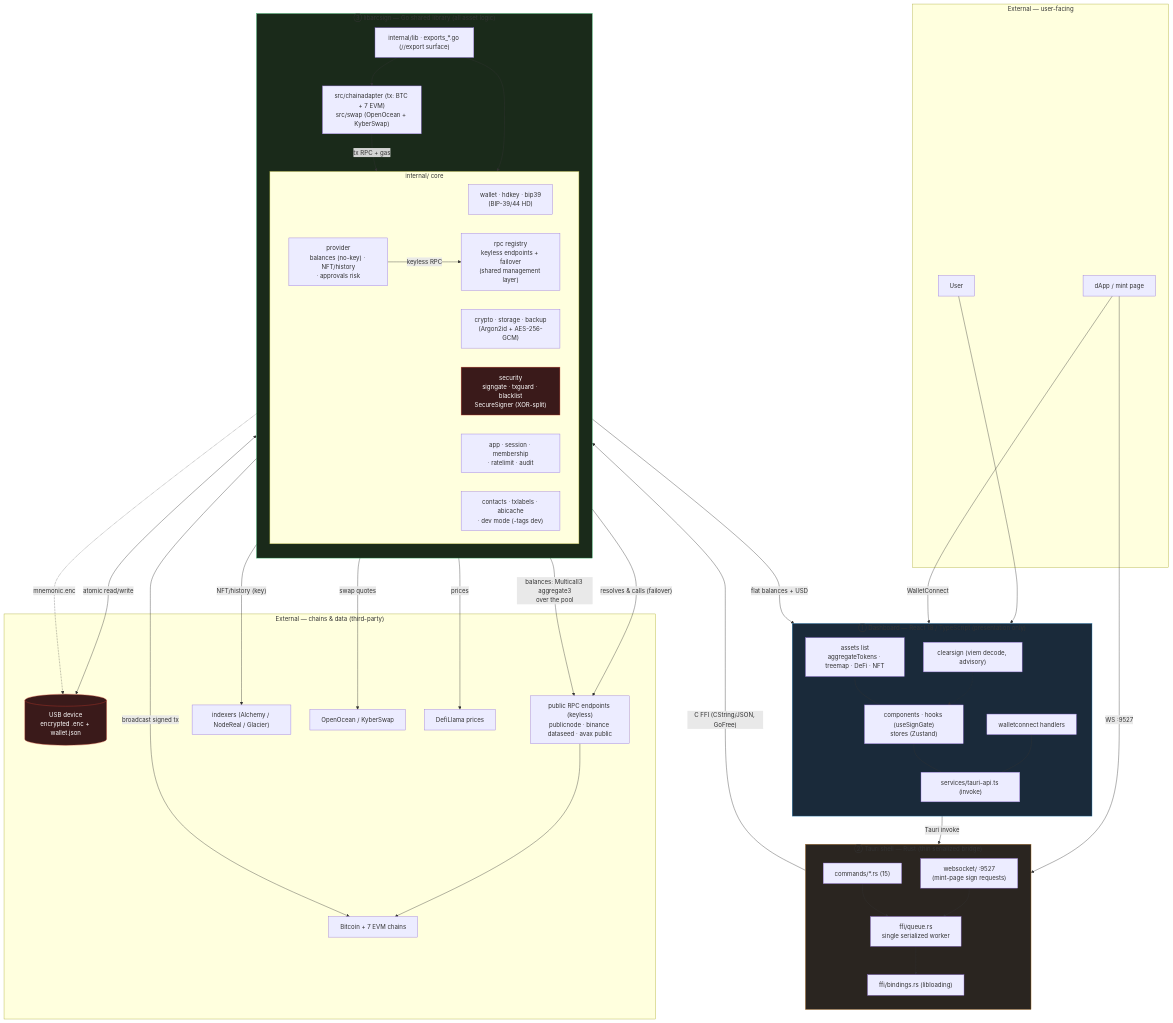
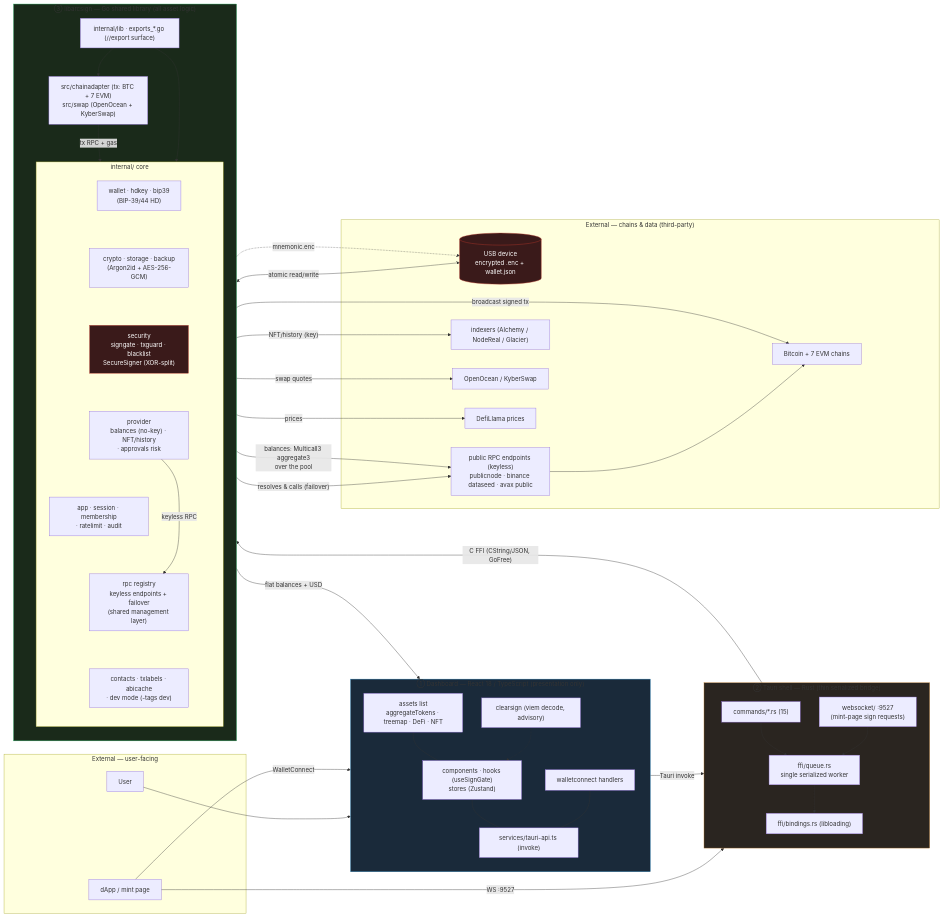
Before and after one commit to arcsignio/arcsign: the first of 6 diagrams in docs/architecture.md, drawn with Mermaid.

Commit message:
docs(architecture): 總覽圖改 LR + core 排單欄，消除中間留白
原 TB 版 internal/ core 的模組擠在上下兩排、中間整片空白（截圖回報）。
改 flowchart TB→LR（左到右流程，上下留白少）+ 一行隱形連線
（wallet ~~~ … ~~~ misc）把 7 個 core 模組串成緊湊階梯，core 框不再被撐空。

實測 viewBox 高/寬比 0.54→0.35（更扁、留白少）；瀏覽器 render 截圖確認
core 緊湊、資訊全保留、mermaid v11 渲染通過。

````diff
--- a/docs/architecture.md
+++ b/docs/architecture.md
@@ -32,5 +32,5 @@
 ```mermaid
-flowchart TB
+flowchart LR
     subgraph ext_top["External — user-facing"]
         dapp["dApp / mint page"]
         user["User"]
@@ -63,7 +63,7 @@
         direction TB
         exp["internal/lib · exports_*.go (//export surface)"]
         subgraph core["internal/ core"]
-            direction LR
+            direction TB
             wallet["wallet · hdkey · bip39<br/>(BIP-39/44 HD)"]
             crypto["crypto · storage · backup<br/>(Argon2id + AES-256-GCM)"]
             security["security<br/>signgate · txguard · blacklist<br/>SecureSigner (XOR-split)"]
@@ -71,6 +71,9 @@
             app["app · session · membership<br/>· ratelimit · audit"]
             rpcreg["rpc registry<br/>keyless endpoints + failover<br/>(shared management layer)"]
             misc["contacts · txlabels · abicache<br/>· dev mode (-tags dev)"]
+            %% invisible chain stacks the modules into one tidy column,
+            %% so the box stays narrow (no left-side void).
+            wallet ~~~ crypto ~~~ security ~~~ provider ~~~ app ~~~ rpcreg ~~~ misc
         end
         mods["src/chainadapter (tx: BTC + 7 EVM)<br/>src/swap (OpenOcean + KyberSwap)"]
         exp --> core
````
